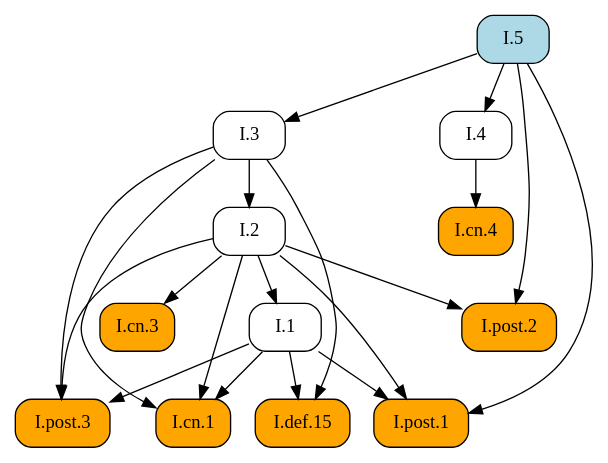
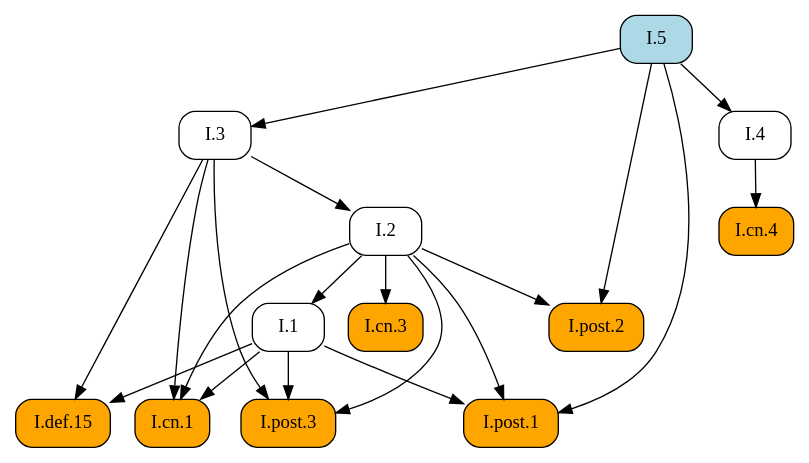
Before and after one commit to geometor/elements: the diagram in docsrc/heath/I/5/index.rst, drawn with Graphviz. The commit also changed other lines of this file and 484 other files, not shown here.

```diff
--- a/docsrc/heath/I/5/index.rst
+++ b/docsrc/heath/I/5/index.rst
@@ -117,37 +117,37 @@
 .. graphviz::
 
    digraph {
      rankdir="TB";
      node [shape=box, style=rounded];
+     "I.cn.1" [style="rounded,filled", fillcolor=orange, URL="/heath/I/cn.1/", target="_top"];
+     "I.2" [URL="/heath/I/2/", target="_top"];
      "I.def.15" [style="rounded,filled", fillcolor=orange, URL="/heath/I/def.15/", target="_top"];
+     "I.4" [URL="/heath/I/4/", target="_top"];
+     "I.cn.4" [style="rounded,filled", fillcolor=orange, URL="/heath/I/cn.4/", target="_top"];
+     "I.1" [URL="/heath/I/1/", target="_top"];
+     "I.post.2" [style="rounded,filled", fillcolor=orange, URL="/heath/I/post.2/", target="_top"];
+     "I.post.1" [style="rounded,filled", fillcolor=orange, URL="/heath/I/post.1/", target="_top"];
      "I.post.3" [style="rounded,filled", fillcolor=orange, URL="/heath/I/post.3/", target="_top"];
-     "I.1" [URL="/heath/I/1/", target="_top"];
-     "I.cn.1" [style="rounded,filled", fillcolor=orange, URL="/heath/I/cn.1/", target="_top"];
+     "I.5" [style="rounded,filled", fillcolor=lightblue, URL="/heath/I/5/", target="_top"];
      "I.cn.3" [style="rounded,filled", fillcolor=orange, URL="/heath/I/cn.3/", target="_top"];
      "I.3" [URL="/heath/I/3/", target="_top"];
-     "I.2" [URL="/heath/I/2/", target="_top"];
-     "I.4" [URL="/heath/I/4/", target="_top"];
-     "I.cn.4" [style="rounded,filled", fillcolor=orange, URL="/heath/I/cn.4/", target="_top"];
-     "I.post.1" [style="rounded,filled", fillcolor=orange, URL="/heath/I/post.1/", target="_top"];
-     "I.post.2" [style="rounded,filled", fillcolor=orange, URL="/heath/I/post.2/", target="_top"];
-     "I.5" [style="rounded,filled", fillcolor=lightblue, URL="/heath/I/5/", target="_top"];
+     "I.1" -> "I.cn.1";
+     "I.2" -> "I.cn.1";
+     "I.3" -> "I.cn.1";
+     "I.3" -> "I.2";
      "I.1" -> "I.def.15";
      "I.3" -> "I.def.15";
+     "I.5" -> "I.4";
+     "I.4" -> "I.cn.4";
+     "I.2" -> "I.1";
+     "I.2" -> "I.post.2";
+     "I.5" -> "I.post.2";
+     "I.1" -> "I.post.1";
+     "I.2" -> "I.post.1";
+     "I.5" -> "I.post.1";
      "I.1" -> "I.post.3";
      "I.2" -> "I.post.3";
      "I.3" -> "I.post.3";
-     "I.2" -> "I.1";
-     "I.1" -> "I.cn.1";
-     "I.2" -> "I.cn.1";
-     "I.3" -> "I.cn.1";
      "I.2" -> "I.cn.3";
      "I.5" -> "I.3";
-     "I.3" -> "I.2";
-     "I.5" -> "I.4";
-     "I.4" -> "I.cn.4";
-     "I.1" -> "I.post.1";
-     "I.2" -> "I.post.1";
-     "I.5" -> "I.post.1";
-     "I.2" -> "I.post.2";
-     "I.5" -> "I.post.2";
    }
```
